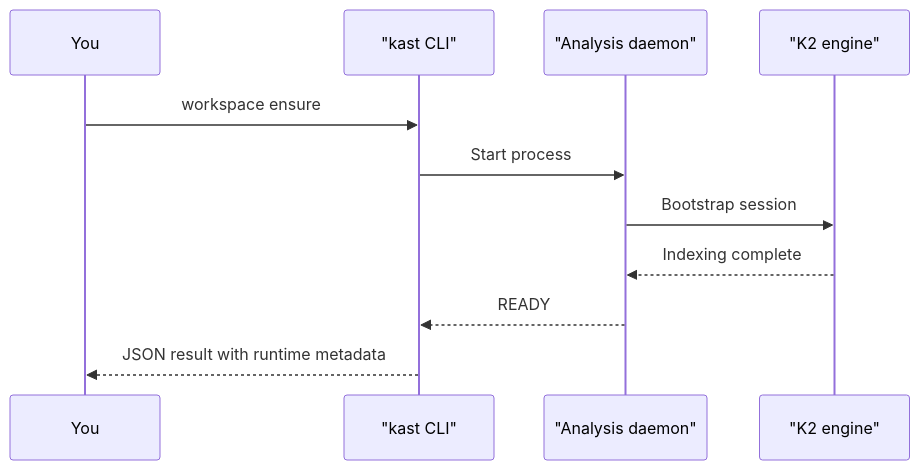
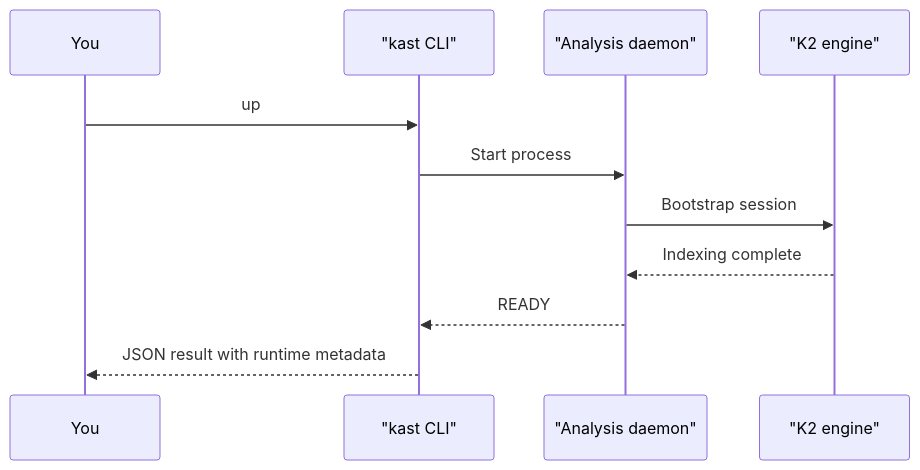
Before and after one commit to amichne/kast: the diagram in docs/getting-started/quickstart.md, drawn with Mermaid. The commit also changed other lines of this file and 32 other files, not shown here.

Commit message:
Remove workspace CLI namespace

````diff
--- a/docs/getting-started/quickstart.md
+++ b/docs/getting-started/quickstart.md
@@ -47,14 +47,14 @@
 ```mermaid
 sequenceDiagram
     participant You
     participant CLI as "kast CLI"
     participant Daemon as "Analysis daemon"
     participant K2 as "K2 engine"
 
-    You->>CLI: workspace ensure
+    You->>CLI: up
     CLI->>Daemon: Start process
     Daemon->>K2: Bootstrap session
     K2-->>Daemon: Indexing complete
     Daemon-->>CLI: READY
     CLI-->>You: JSON result with runtime metadata
 ```
````
